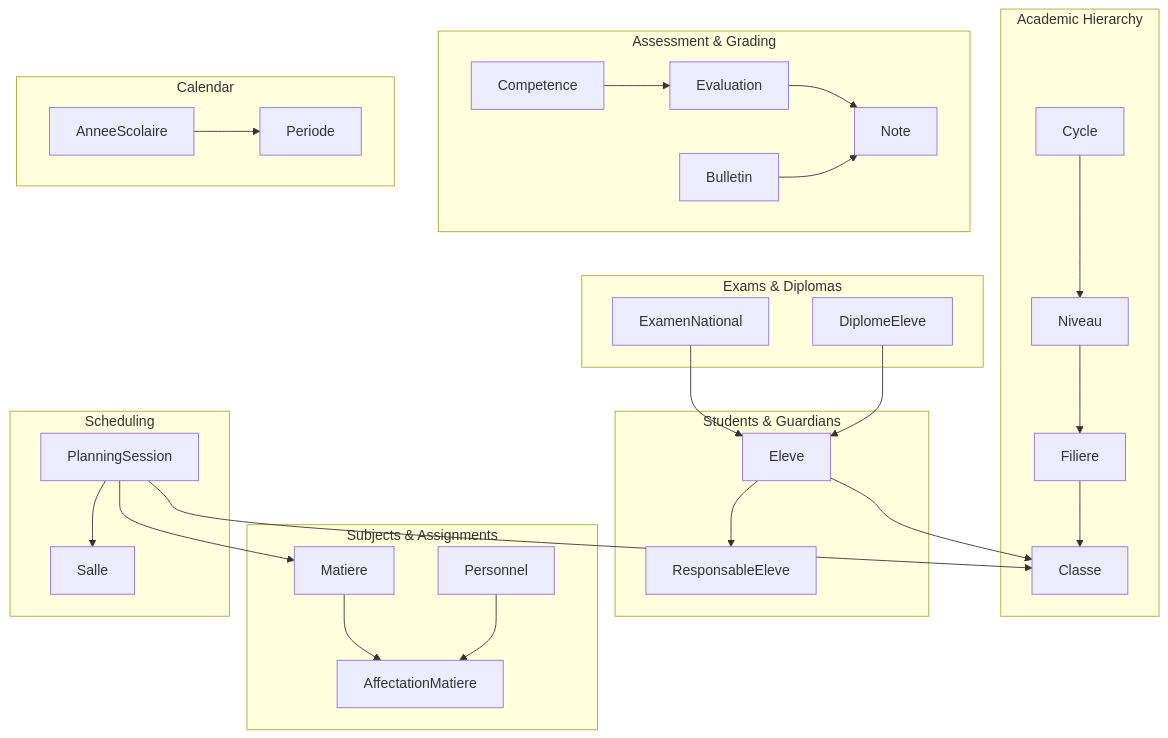
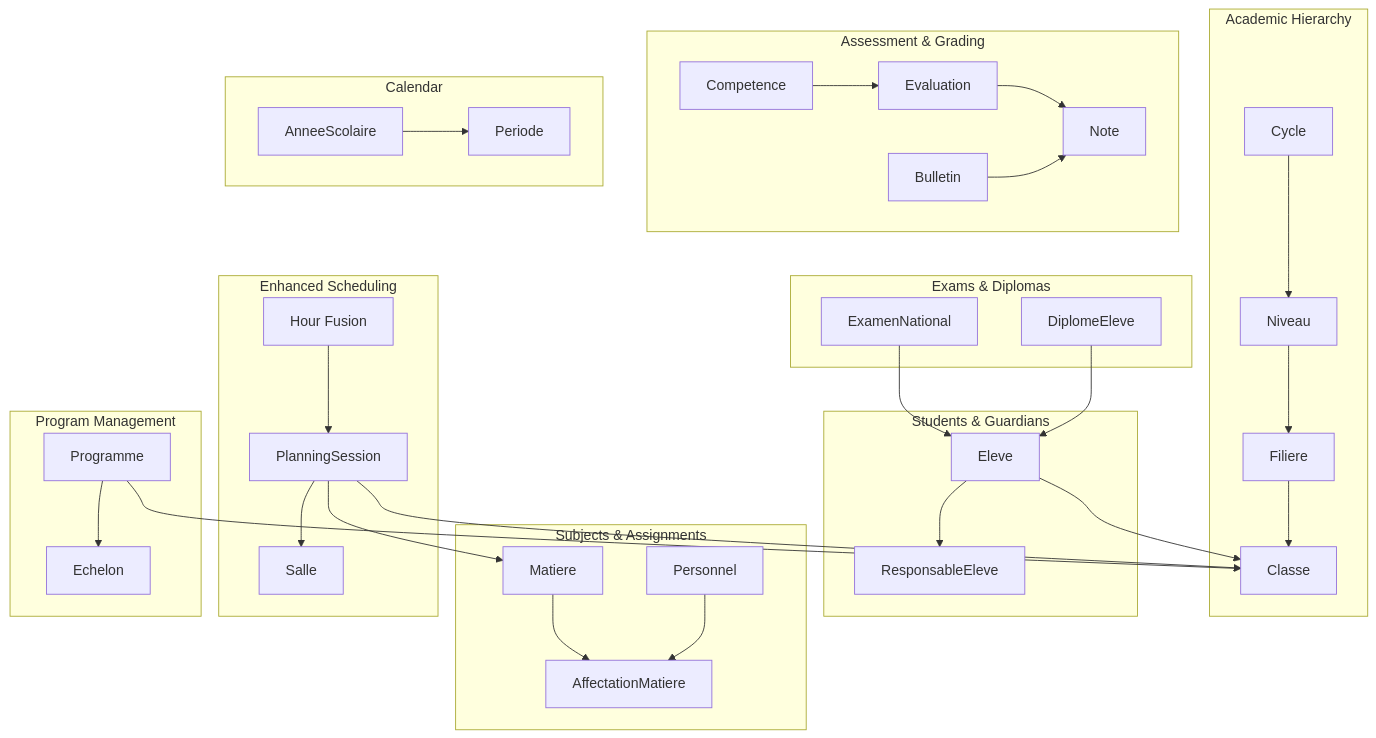
Before and after one commit to franckylab/eLISAschool: the first of 17 diagrams in .qoder/repowiki/en/content/Database Schema Design/Academic Schema/Academic Schema.md, drawn with Mermaid. The commit also changed other lines of this file and 455 other files, not shown here.

````diff
--- a/.qoder/repowiki/en/content/Database Schema Design/Academic Schema/Academic Schema.md
+++ b/.qoder/repowiki/en/content/Database Schema Design/Academic Schema/Academic Schema.md
@@ -71,33 +89,38 @@
 ```mermaid
 graph TB
 subgraph "Academic Hierarchy"
 Cycle["Cycle"] --> Niveau["Niveau"]
 Niveau --> Filiere["Filiere"]
 Filiere --> Classe["Classe"]
 end
 subgraph "Students & Guardians"
 Eleve["Eleve"] --> Classe
 Eleve --> ResponsableEleve["ResponsableEleve"]
 end
 subgraph "Subjects & Assignments"
 Matiere["Matiere"] --> AffectationMatiere["AffectationMatiere"]
 Personnel["Personnel"] --> AffectationMatiere
 end
 subgraph "Assessment & Grading"
 Evaluation["Evaluation"] --> Note["Note"]
 Competence["Competence"] --> Evaluation
 Bulletin["Bulletin"] --> Note
 end
-subgraph "Scheduling"
+subgraph "Enhanced Scheduling"
 PlanningSession["PlanningSession"] --> Salle["Salle"]
 PlanningSession --> Classe
 PlanningSession --> Matiere
+HourFusion["Hour Fusion"] --> PlanningSession
+end
+subgraph "Program Management"
+Programme["Programme"] --> Echelon["Echelon"]
+Programme --> Classe
 end
 subgraph "Calendar"
 AnneeScolaire["AnneeScolaire"] --> Periode["Periode"]
 end
 subgraph "Exams & Diplomas"
 ExamenNational["ExamenNational"] --> Eleve
 DiplomeEleve["DiplomeEleve"] --> Eleve
 end
 ```
````
